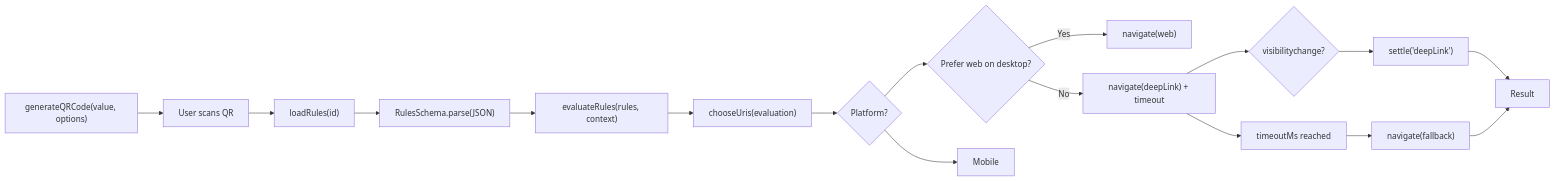
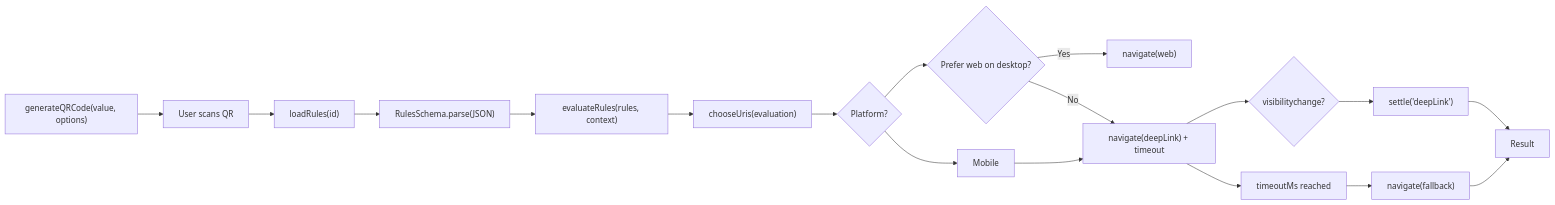
One commit to smartqr-org/smartqr changed the diagram in packages/core/README.md. Above: the diagram before and after it, drawn with Mermaid. The commit also changed 1 other file, not shown here.

Commit message:
fix: copilot review

````diff
--- a/packages/core/README.md
+++ b/packages/core/README.md
@@ -151,19 +151,20 @@
 ```mermaid
 flowchart LR
     A["generateQRCode(value, options)"] --> B["User scans QR"]
     B --> C["loadRules(id)"]
     C --> D["RulesSchema.parse(JSON)"]
     D --> E["evaluateRules(rules, context)"]
     E --> F["chooseUris(evaluation)"]
     F --> G{"Platform?"}
     G --> H{"Prefer web on desktop?"}
     H -->|Yes| I["navigate(web)"]
     H -->|No| J["navigate(deepLink) + timeout"]
     G --> K["Mobile"]
+    K --> J
     J --> L{"visibilitychange?"}
     L --> M["settle('deepLink')"]
     J --> N["timeoutMs reached"]
     N --> O["navigate(fallback)"]
     M --> P["Result"]
     O --> P
 ```
````
